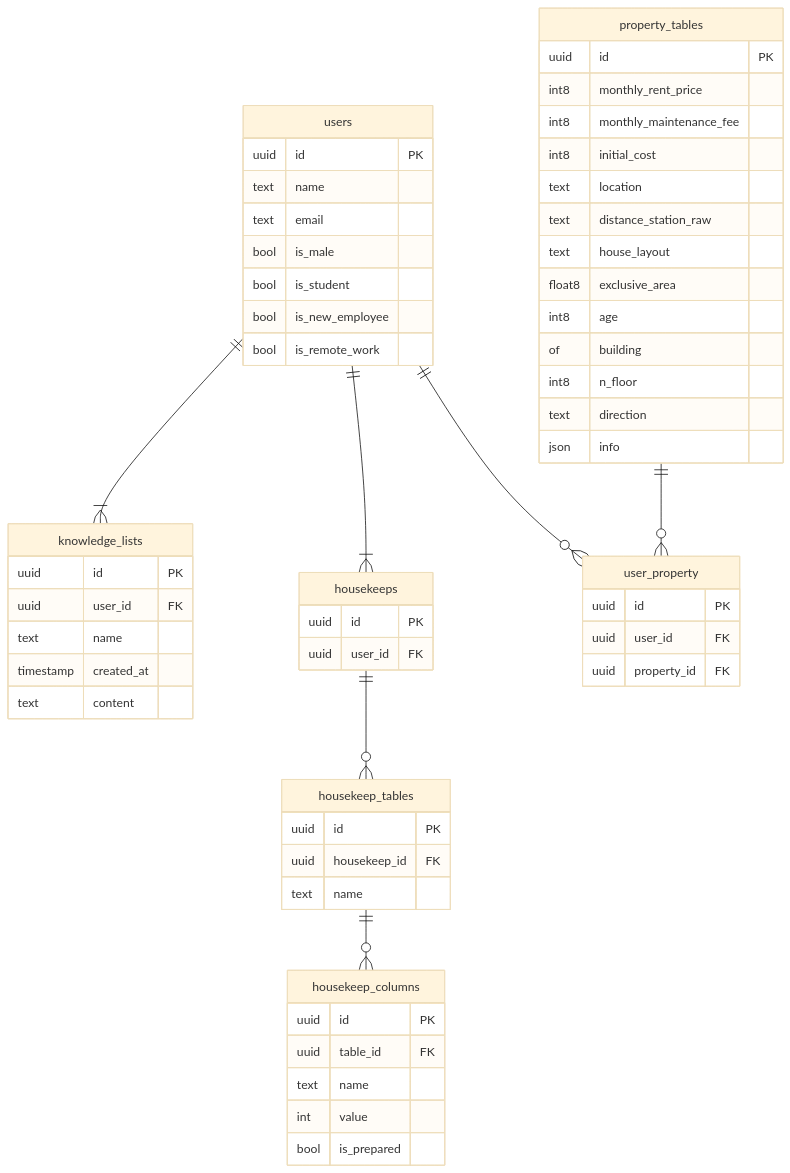
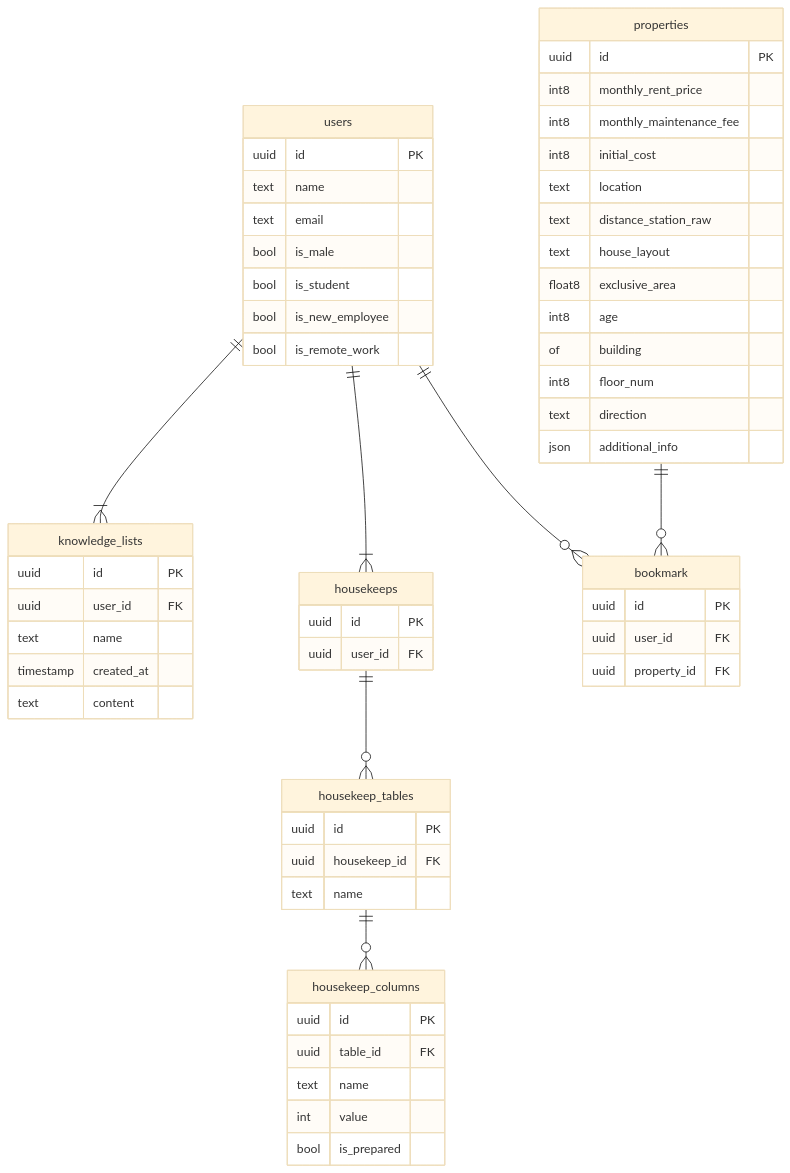
Before and after one commit to project-hikkoshiori/hikkoshiori: the diagram in docs/ER.md, drawn with Mermaid (base theme).

Commit message:
fix column naming etc.

````diff
--- a/docs/ER.md
+++ b/docs/ER.md
@@ -1,70 +1,70 @@
 ```mermaid
 erDiagram
 
     users ||--|{ knowledge_lists: ""
     users ||--|{ housekeeps: ""
-    users ||--o{ user_property: ""
+    users ||--o{ bookmark: ""
     housekeeps ||--o{ housekeep_tables: ""
     housekeep_tables ||--o{ housekeep_columns: ""
-    property_tables ||--o{ user_property: ""
+    properties ||--o{ bookmark: ""
 
     users {
         uuid id PK
         text name
         text email
         bool is_male
         bool is_student
         bool is_new_employee
         bool is_remote_work
     }
 
     knowledge_lists {
         uuid id PK
         uuid user_id FK
         text name
         timestamp created_at
         text content
     }
 
     housekeeps {
         uuid id PK
         uuid user_id FK
     }
 
     housekeep_tables {
         uuid id PK
         uuid housekeep_id FK
         text name
     }
 
     housekeep_columns {
         uuid id PK
         uuid table_id FK
         text name
         int value
         bool is_prepared
     }
 
 
-    user_property{
+    bookmark{
         uuid id PK
         uuid user_id FK
         uuid property_id FK
     }
 
-    property_tables{
+    properties{
         uuid id PK
         int8 monthly_rent_price
         int8 monthly_maintenance_fee
         int8 initial_cost
         text location
         text distance_station_raw
         text house_layout
         float8 exclusive_area
         int8 age of building
-        int8 n_floor
+        int8 floor_num
         text direction
-        json info
+        json additional_info
     }
 
 ```
````
